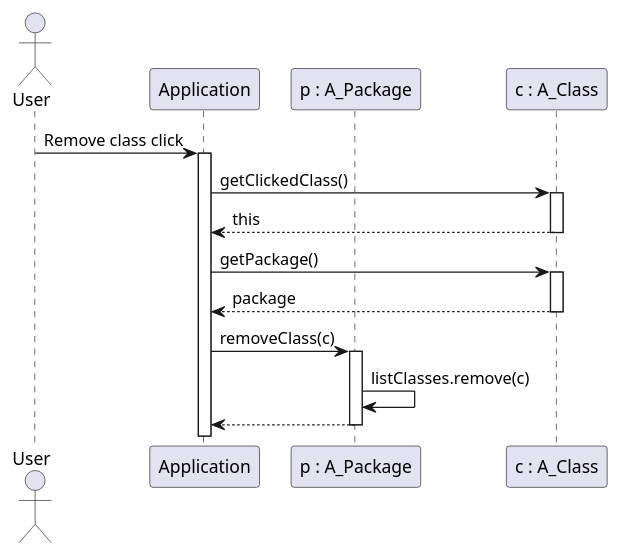
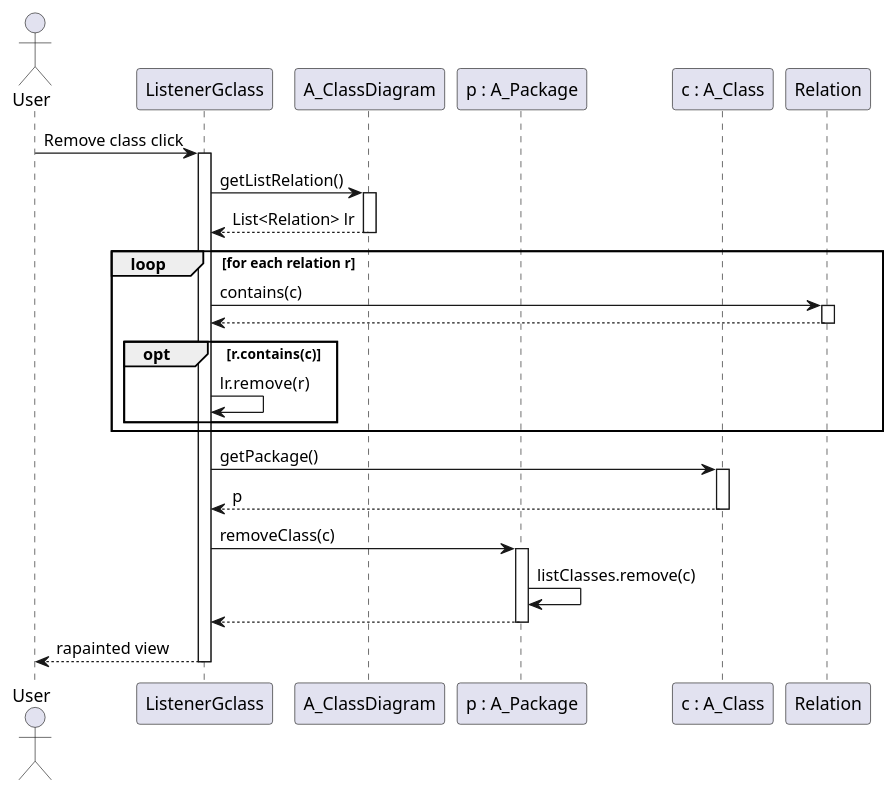
The diagram in src/com/github/tomap/uml/conception/sequenceDiagrams/removeClass.puml (Phalexei/Modeleur), drawn with PlantUML before and after one commit. The commit also changed 7 other files, not shown here.

Commit message:
diagrammes de séquence

```diff
--- a/src/com/github/tomap/uml/conception/sequenceDiagrams/removeClass.puml
+++ b/src/com/github/tomap/uml/conception/sequenceDiagrams/removeClass.puml
@@ -1,29 +1,41 @@
 @startuml
 
     actor User as u
-    participant Application as a
+    participant ListenerGclass as lgc
+    participant A_ClassDiagram as Cd
     participant "p : A_Package" as p
     participant "c : A_Class" as c
+    participant Relation as r
 
-	u -> a: Remove class click
-	activate a
+	u -> lgc: Remove class click
+	activate lgc
 
-        a -> c: getClickedClass()
+        lgc -> Cd: getListRelation()
+        activate Cd
+        Cd --> lgc: List<Relation> lr
+        deactivate Cd
+
+        loop for each relation r
+            lgc -> r: contains(c)
+            activate r
+            r --> lgc
+            deactivate r
+            opt r.contains(c)
+                lgc -> lgc: lr.remove(r)
+            end
+        end
+        
+        lgc -> c: getPackage()
         activate c
-
-        c --> a: this
+        c --> lgc: p
         deactivate c
-
-	a -> c: getPackage()
-	activate c
-        c --> a: package
-        deactivate c
-
-	a -> p: removeClass(c)
+        
+	lgc -> p: removeClass(c)
         activate p
         p -> p: listClasses.remove(c)
-        p --> a
+        p --> lgc
 	deactivate p
 
-
+        lgc --> u: rapainted view
+        deactivate lgc
 @enduml
```
